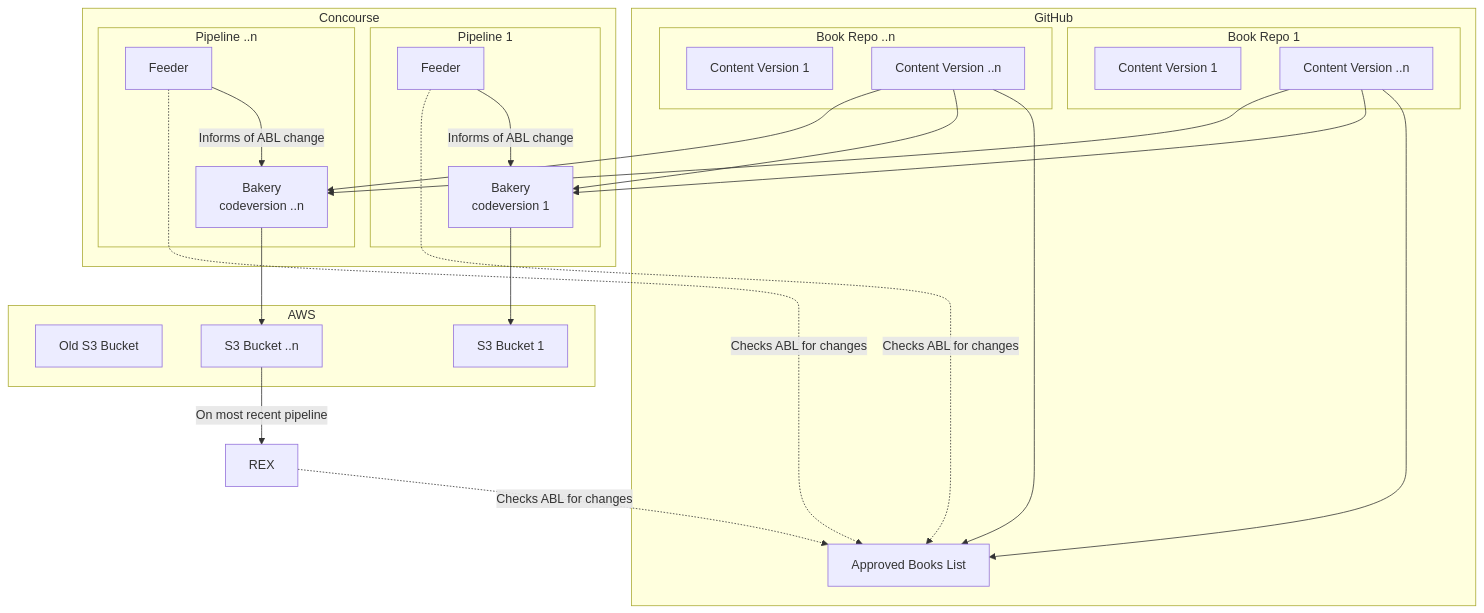
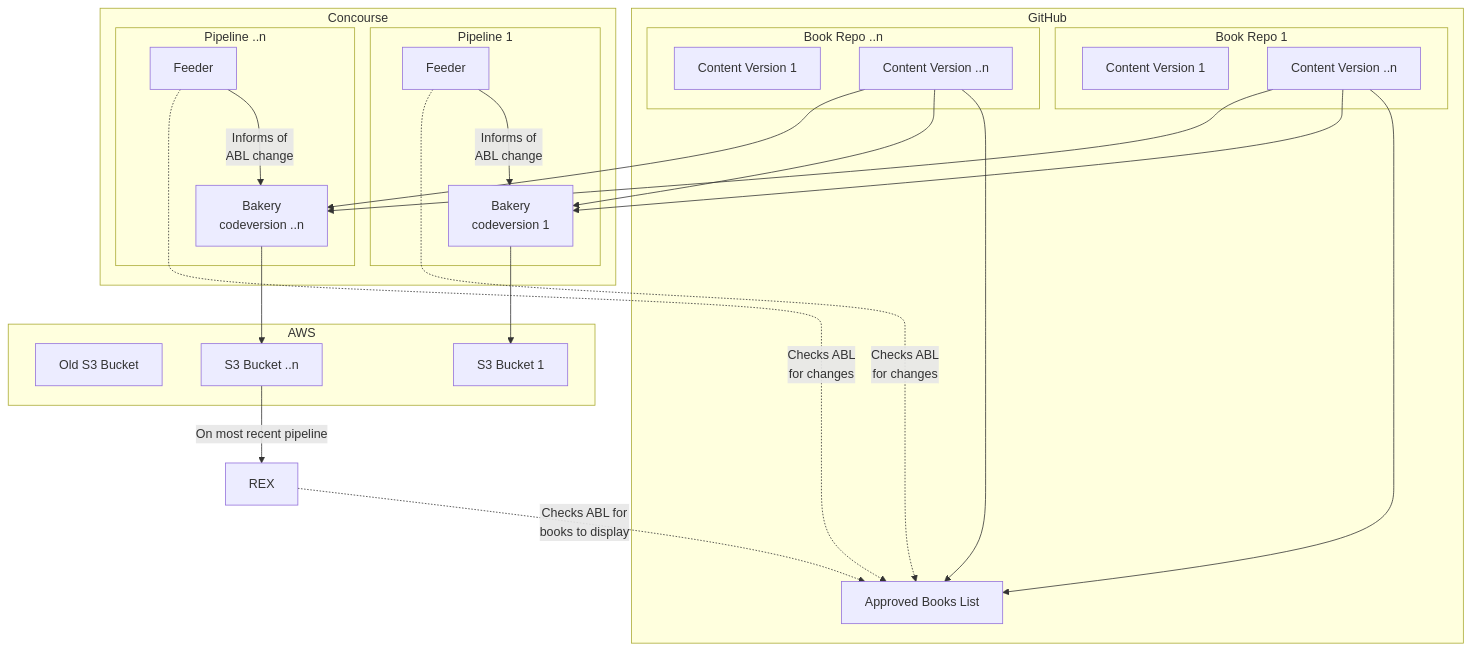
Before and after one commit to ne-newton/charts: the diagram in webhosting.md, drawn with Mermaid.

````diff
--- a/webhosting.md
+++ b/webhosting.md
@@ -1,39 +1,39 @@
 ```mermaid
   flowchart TD
     subgraph GitHub
       subgraph Book Repo 1
         A1[Content Version 1]
         A2[Content Version ..n]
       end
       subgraph Book Repo ..n
         A3[Content Version 1]
         A4[Content Version ..n]
       end
       A5[Approved Books List]
     end
     subgraph Concourse
       subgraph Pipeline 1
-        B1[Feeder] -->|Informs of ABL change| B2[Bakery\n codeversion 1]
+        B1[Feeder] -->|Informs of\n ABL change| B2[Bakery\n codeversion 1]
       end
       subgraph Pipeline ..n
-        B3[Feeder] -->|Informs of ABL change| B4[Bakery\n codeversion ..n]
+        B3[Feeder] -->|Informs of\n ABL change| B4[Bakery\n codeversion ..n]
       end
     end
     subgraph AWS
       C1[Old S3 Bucket]
       C2[S3 Bucket 1]
       C3[S3 Bucket ..n]
     end
     A2 --> A5
     A4 --> A5
     A2 --> B2
     A2 --> B4
     A4 --> B2
     A4 --> B4
     B2 --> C2
     B4 --> C3
-    B1 -.->|Checks ABL for changes| A5
-    B3 -.->|Checks ABL for changes| A5
+    B1 -.->|Checks ABL\n for changes| A5
+    B3 -.->|Checks ABL\n for changes| A5
     C3 -->|On most recent pipeline| D1[REX]
-    D1 -.->|Checks ABL for changes| A5
+    D1 -.->|Checks ABL for\n books to display| A5
 ```
````
